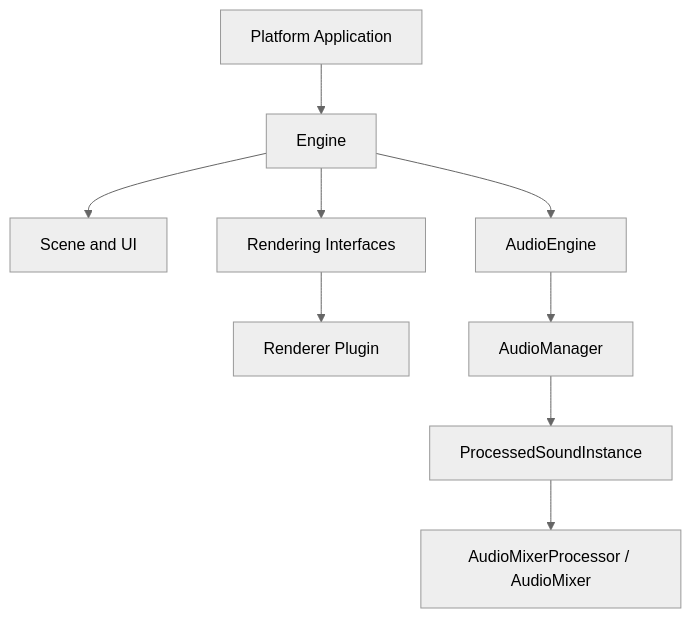
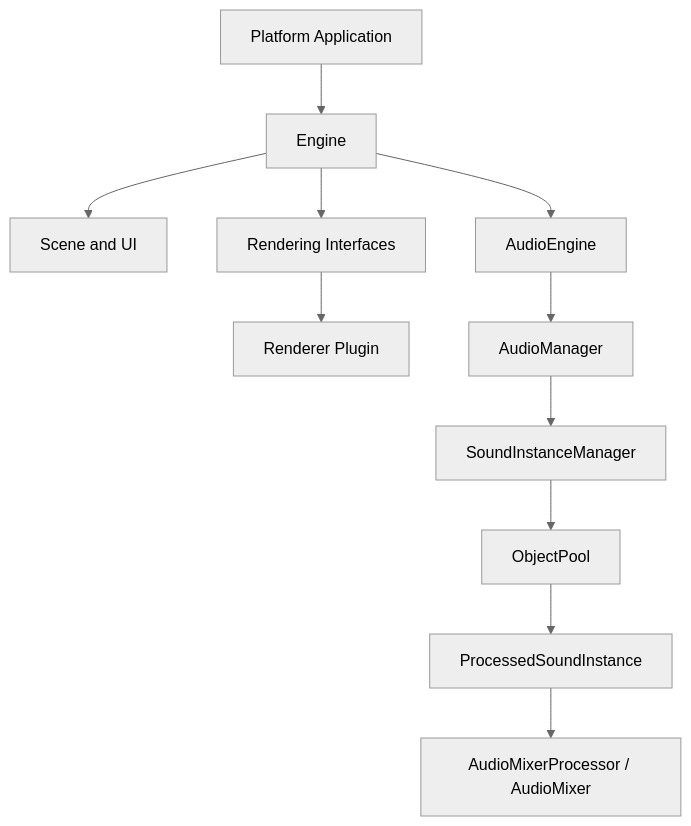
The diagram in docs/ARCHITECTURE.md (deveses/forg), drawn with Mermaid (neutral theme) before and after one commit. The commit also changed 8 other files, not shown here.

Commit message:
move to instance manager

````diff
--- a/docs/ARCHITECTURE.md
+++ b/docs/ARCHITECTURE.md
@@ -8,11 +8,13 @@
 ```mermaid
 flowchart TD
     APP[Platform Application] --> ENG[Engine]
     ENG --> SCENE[Scene and UI]
     ENG --> RENDER[Rendering Interfaces]
     ENG --> AUDIO[AudioEngine]
     RENDER --> PLUGIN[Renderer Plugin]
     AUDIO --> MANAGER[AudioManager]
-    MANAGER --> INSTANCE[ProcessedSoundInstance]
+    MANAGER --> INSTANCE_MANAGER[SoundInstanceManager]
+    INSTANCE_MANAGER --> POOL[ObjectPool]
+    POOL --> INSTANCE[ProcessedSoundInstance]
     INSTANCE --> MIXER[AudioMixerProcessor / AudioMixer]
 ```
````
